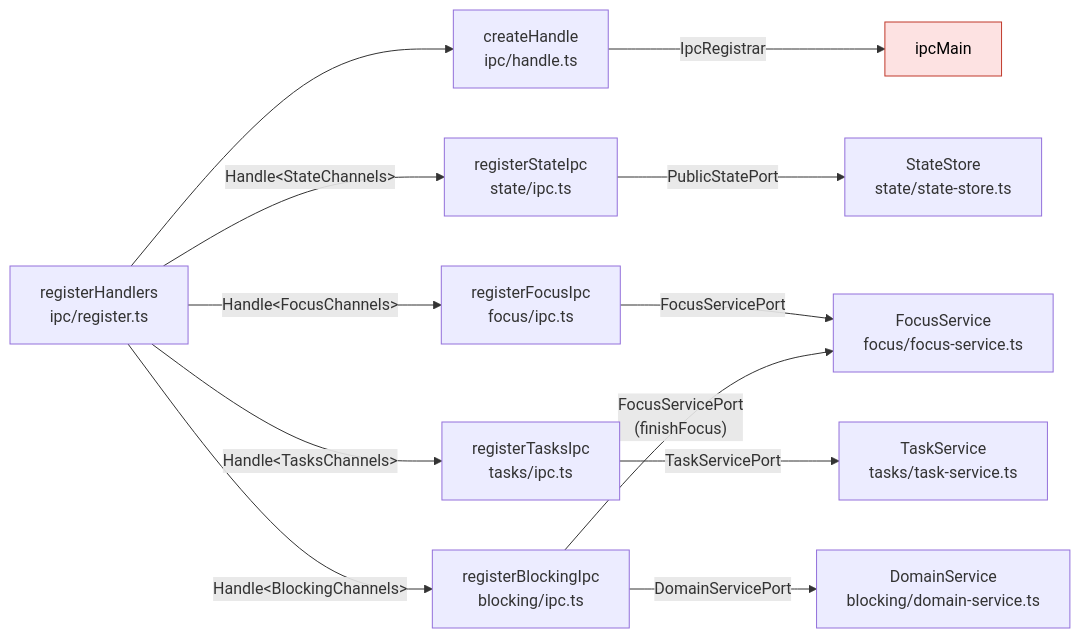
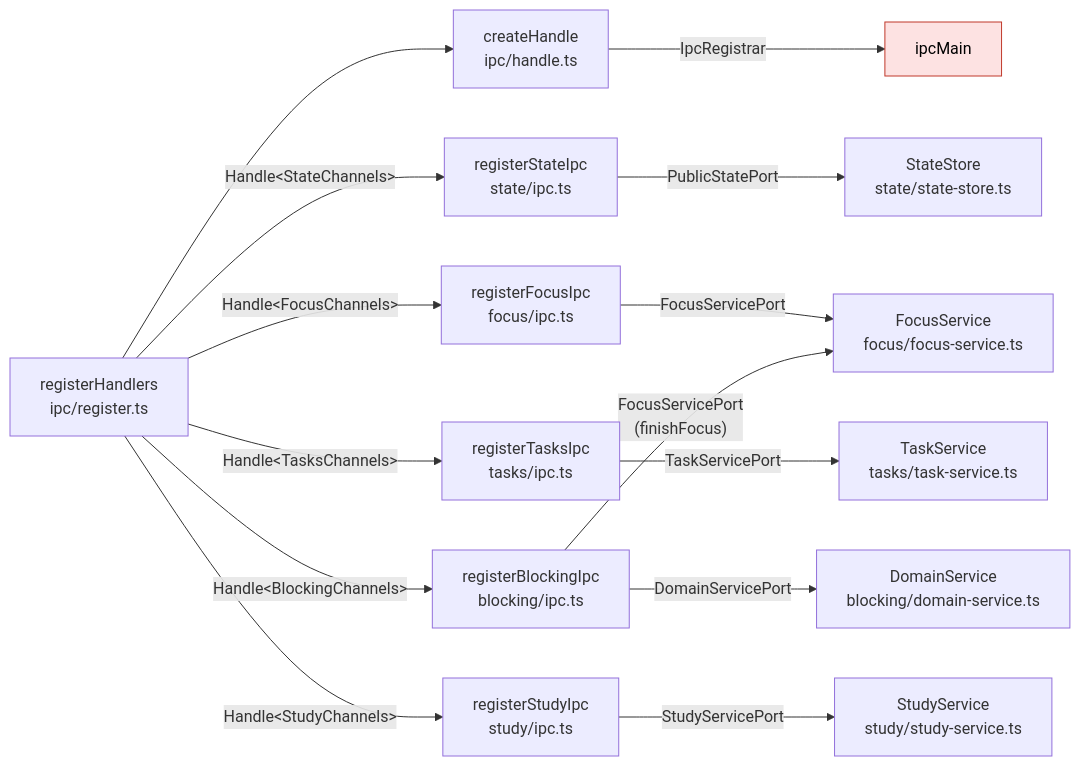
Before and after one commit to DevJuan95/ritmo: the fourth of 13 diagrams in docs/arquitectura.md, drawn with Mermaid. The commit also changed other lines of this file and 26 other files, not shown here.

````diff
--- a/docs/arquitectura.md
+++ b/docs/arquitectura.md
@@ -129,28 +132,32 @@
 ```mermaid
 flowchart LR
   ipcMain["ipcMain"]:::electron
   register["registerHandlers<br/>ipc/register.ts"]
   handle["createHandle<br/>ipc/handle.ts"]
   stateIpc["registerStateIpc<br/>state/ipc.ts"]
   focusIpc["registerFocusIpc<br/>focus/ipc.ts"]
   tasksIpc["registerTasksIpc<br/>tasks/ipc.ts"]
   blockingIpc["registerBlockingIpc<br/>blocking/ipc.ts"]
+  studyIpc["registerStudyIpc<br/>study/ipc.ts"]
   store["StateStore<br/>state/state-store.ts"]
   focus["FocusService<br/>focus/focus-service.ts"]
   taskService["TaskService<br/>tasks/task-service.ts"]
   domainService["DomainService<br/>blocking/domain-service.ts"]
+  studyService["StudyService<br/>study/study-service.ts"]
 
   register --> handle
   handle -- "IpcRegistrar" --> ipcMain
   register -- "Handle&lt;StateChannels&gt;" --> stateIpc
   register -- "Handle&lt;FocusChannels&gt;" --> focusIpc
   register -- "Handle&lt;TasksChannels&gt;" --> tasksIpc
   register -- "Handle&lt;BlockingChannels&gt;" --> blockingIpc
+  register -- "Handle&lt;StudyChannels&gt;" --> studyIpc
   stateIpc -- "PublicStatePort" --> store
   focusIpc -- "FocusServicePort" --> focus
   tasksIpc -- "TaskServicePort" --> taskService
   blockingIpc -- "DomainServicePort" --> domainService
   blockingIpc -- "FocusServicePort<br/>(finishFocus)" --> focus
+  studyIpc -- "StudyServicePort" --> studyService
 
   classDef electron fill:#fde2e2,stroke:#c0392b,color:#000
 ```
````
